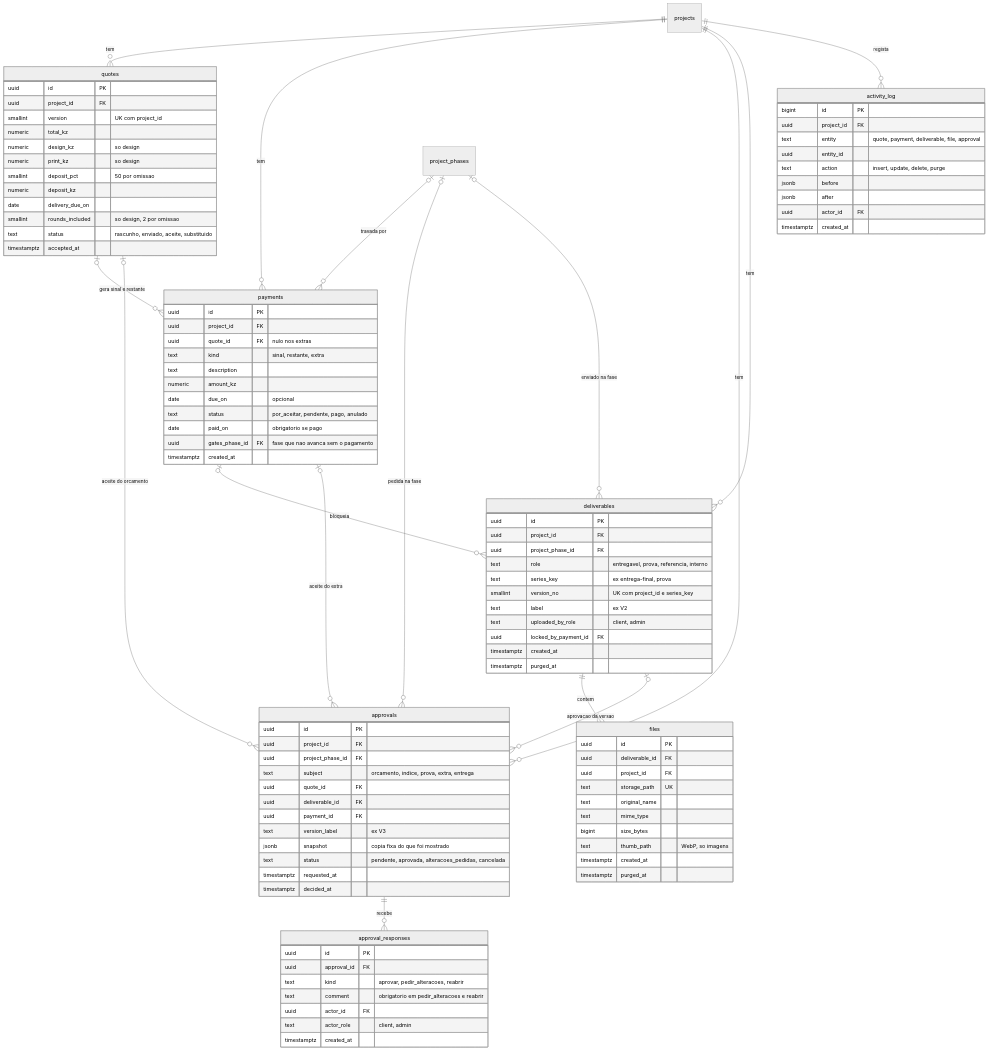
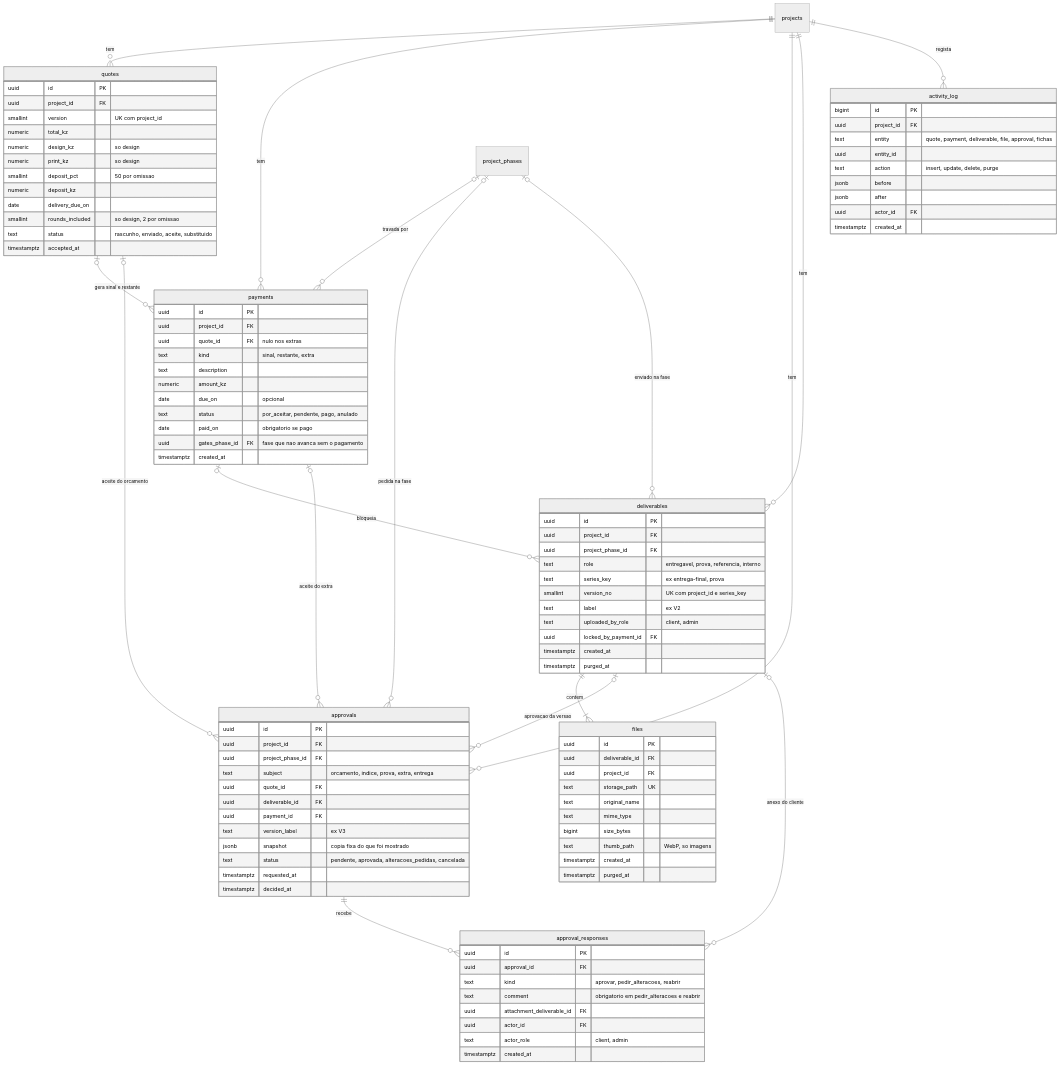
The diagram in docs/02-modelagem/src/mer-blocos-comuns.mmd (lemosGit/Portfolio), drawn with Mermaid (neutral theme) before and after one commit. The commit also changed 6 other files, not shown here.

```diff
--- a/docs/02-modelagem/src/mer-blocos-comuns.mmd
+++ b/docs/02-modelagem/src/mer-blocos-comuns.mmd
@@ -1,103 +1,105 @@
 erDiagram
   projects ||--o{ quotes : "tem"
   projects ||--o{ payments : "tem"
   projects ||--o{ approvals : "tem"
   projects ||--o{ deliverables : "tem"
   projects ||--o{ activity_log : "regista"
   quotes |o--o{ payments : "gera sinal e restante"
   project_phases |o--o{ payments : "travada por"
   project_phases |o--o{ approvals : "pedida na fase"
   project_phases |o--o{ deliverables : "enviado na fase"
   payments |o--o{ deliverables : "bloqueia"
   deliverables ||--|{ files : "contem"
   quotes |o--o{ approvals : "aceite do orcamento"
   deliverables |o--o{ approvals : "aprovacao da versao"
   payments |o--o{ approvals : "aceite do extra"
   approvals ||--o{ approval_responses : "recebe"
+  deliverables |o--o{ approval_responses : "anexo do cliente"
 
   quotes {
     uuid id PK
     uuid project_id FK
     smallint version "UK com project_id"
     numeric total_kz
     numeric design_kz "so design"
     numeric print_kz "so design"
     smallint deposit_pct "50 por omissao"
     numeric deposit_kz
     date delivery_due_on
     smallint rounds_included "so design, 2 por omissao"
     text status "rascunho, enviado, aceite, substituido"
     timestamptz accepted_at
   }
   payments {
     uuid id PK
     uuid project_id FK
     uuid quote_id FK "nulo nos extras"
     text kind "sinal, restante, extra"
     text description
     numeric amount_kz
     date due_on "opcional"
     text status "por_aceitar, pendente, pago, anulado"
     date paid_on "obrigatorio se pago"
     uuid gates_phase_id FK "fase que nao avanca sem o pagamento"
     timestamptz created_at
   }
   approvals {
     uuid id PK
     uuid project_id FK
     uuid project_phase_id FK
     text subject "orcamento, indice, prova, extra, entrega"
     uuid quote_id FK
     uuid deliverable_id FK
     uuid payment_id FK
     text version_label "ex V3"
     jsonb snapshot "copia fixa do que foi mostrado"
     text status "pendente, aprovada, alteracoes_pedidas, cancelada"
     timestamptz requested_at
     timestamptz decided_at
   }
   approval_responses {
     uuid id PK
     uuid approval_id FK
     text kind "aprovar, pedir_alteracoes, reabrir"
     text comment "obrigatorio em pedir_alteracoes e reabrir"
+    uuid attachment_deliverable_id FK
     uuid actor_id FK
     text actor_role "client, admin"
     timestamptz created_at
   }
   deliverables {
     uuid id PK
     uuid project_id FK
     uuid project_phase_id FK
     text role "entregavel, prova, referencia, interno"
     text series_key "ex entrega-final, prova"
     smallint version_no "UK com project_id e series_key"
     text label "ex V2"
     text uploaded_by_role "client, admin"
     uuid locked_by_payment_id FK
     timestamptz created_at
     timestamptz purged_at
   }
   files {
     uuid id PK
     uuid deliverable_id FK
     uuid project_id FK
     text storage_path UK
     text original_name
     text mime_type
     bigint size_bytes
     text thumb_path "WebP, so imagens"
     timestamptz created_at
     timestamptz purged_at
   }
   activity_log {
     bigint id PK
     uuid project_id FK
-    text entity "quote, payment, deliverable, file, approval"
+    text entity "quote, payment, deliverable, file, approval, fichas"
     uuid entity_id
     text action "insert, update, delete, purge"
     jsonb before
     jsonb after
     uuid actor_id FK
     timestamptz created_at
   }
```
